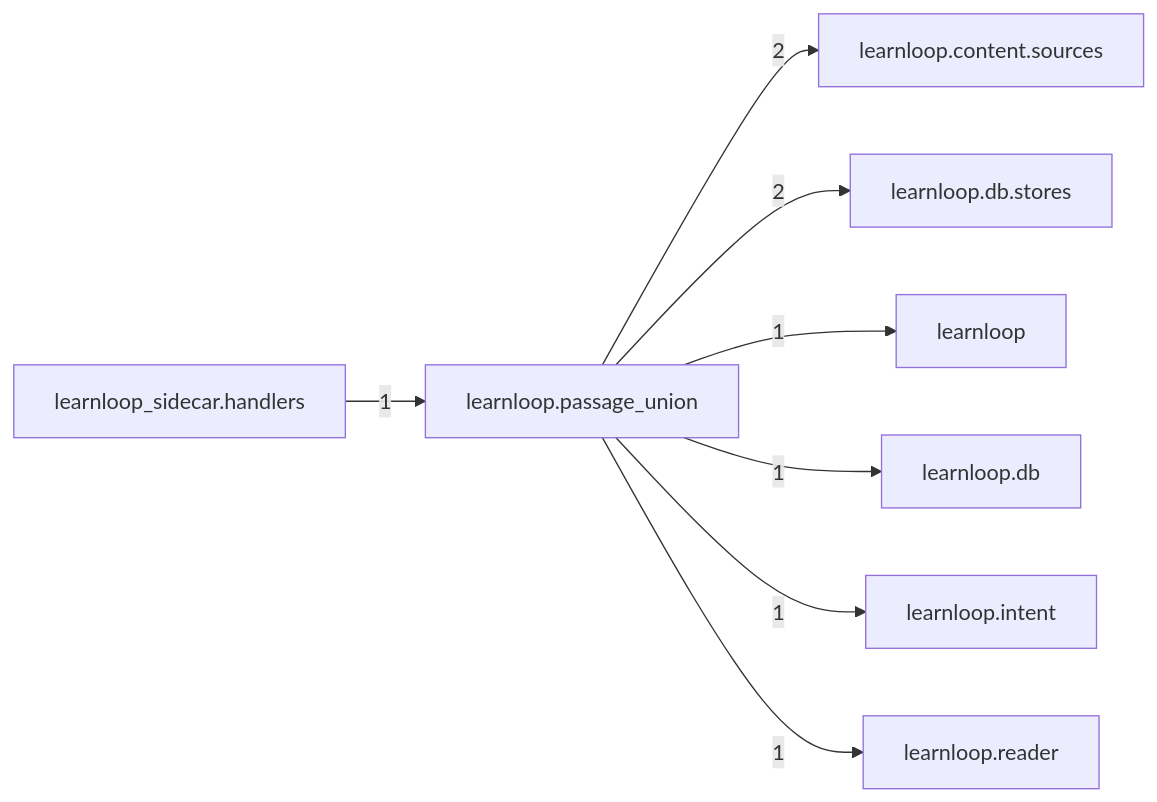
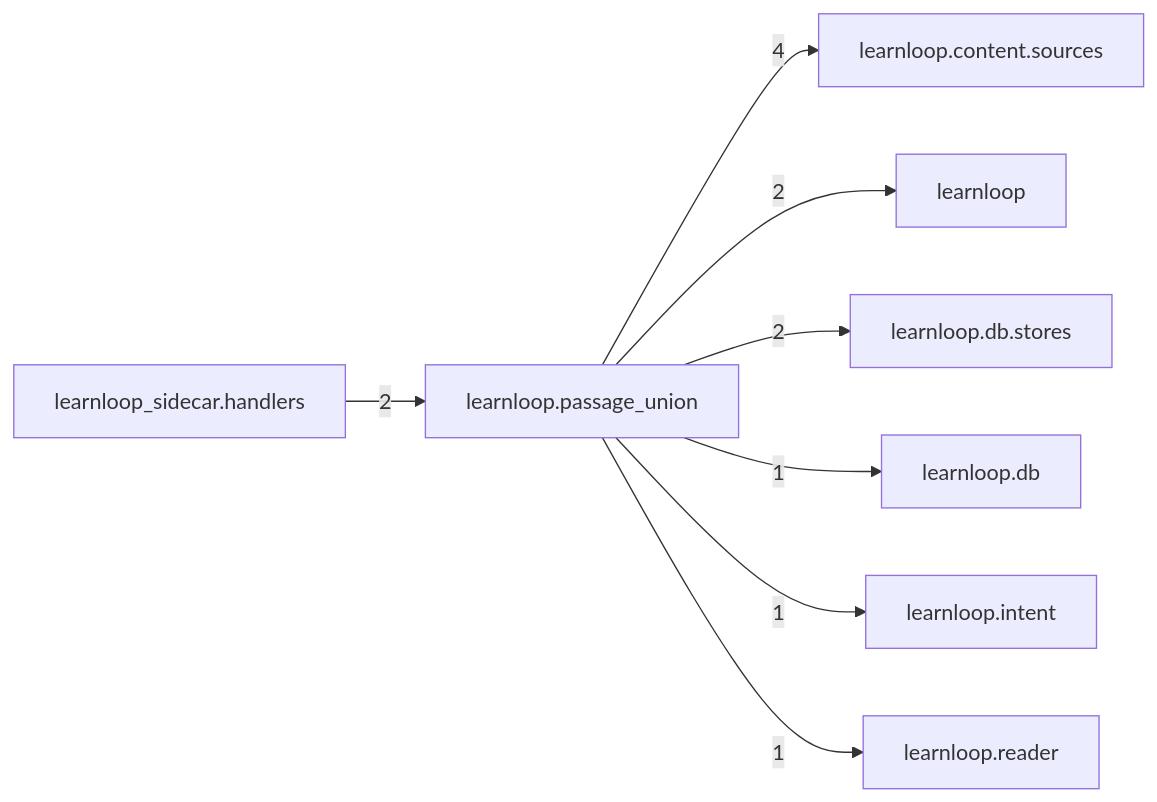
One commit to 6up-b/learnanything changed the diagram in docs/learnloop-architecture-vault/Reference/Modules/learnloop/passage_union/_package.md. Above: the diagram before and after it, drawn with Mermaid. The commit also changed other lines of this file and 43 other files, not shown here.

````diff
--- a/docs/learnloop-architecture-vault/Reference/Modules/learnloop/passage_union/_package.md
+++ b/docs/learnloop-architecture-vault/Reference/Modules/learnloop/passage_union/_package.md
@@ -68,18 +70,18 @@
 ```mermaid
 flowchart LR
     center["learnloop.passage_union"]
     n_learnloop_content_sources["learnloop.content.sources"]
+    n_learnloop["learnloop"]
     n_learnloop_db_stores["learnloop.db.stores"]
-    n_learnloop["learnloop"]
+    n_learnloop_sidecar_handlers["learnloop_sidecar.handlers"]
     n_learnloop_db["learnloop.db"]
     n_learnloop_intent["learnloop.intent"]
     n_learnloop_reader["learnloop.reader"]
-    n_learnloop_sidecar_handlers["learnloop_sidecar.handlers"]
-    center -->|2| n_learnloop_content_sources
+    center -->|4| n_learnloop_content_sources
+    center -->|2| n_learnloop
     center -->|2| n_learnloop_db_stores
-    center -->|1| n_learnloop
+    n_learnloop_sidecar_handlers -->|2| center
     center -->|1| n_learnloop_db
     center -->|1| n_learnloop_intent
     center -->|1| n_learnloop_reader
-    n_learnloop_sidecar_handlers -->|1| center
 ```
````
